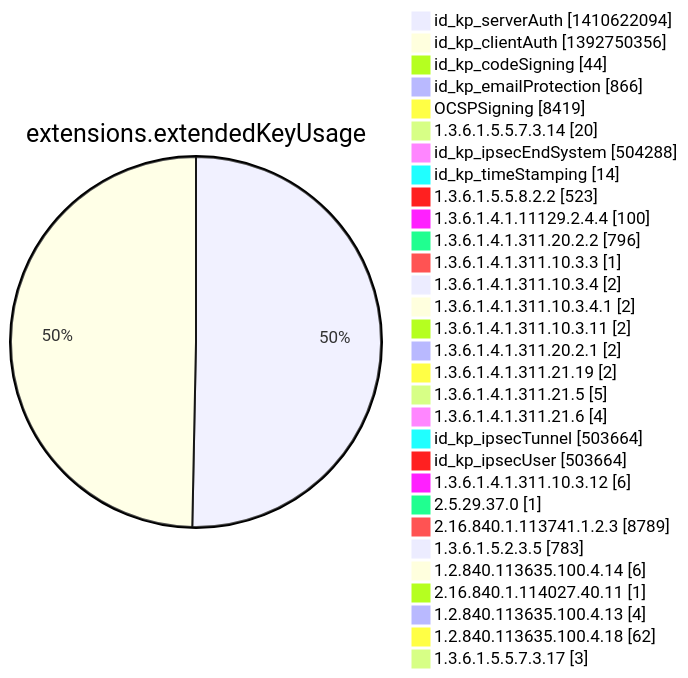
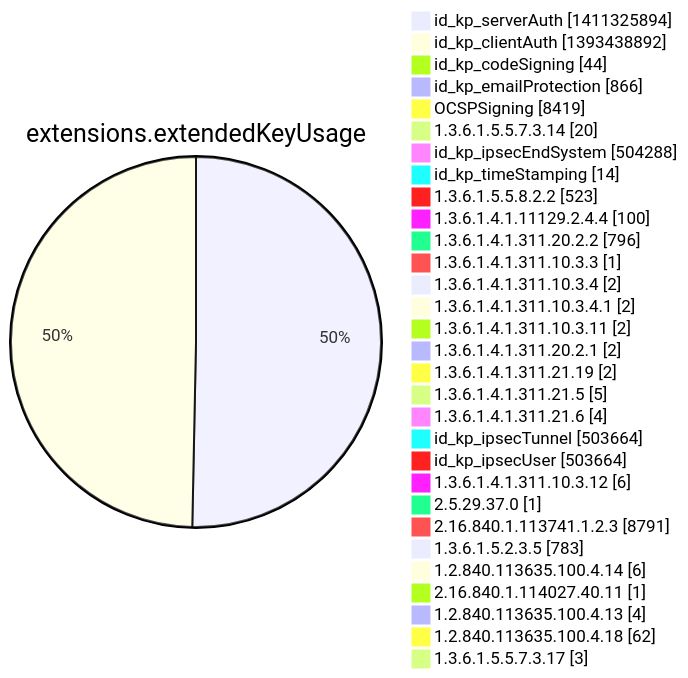
Before and after one commit to christiankrug/ctmonitor_visualization: diagram 12 of 15 in argon2022/README.md, drawn with Mermaid. The commit also changed other lines of this file, not shown here.

````diff
--- a/argon2022/README.md
+++ b/argon2022/README.md
@@ -3554,34 +3554,34 @@
 ```mermaid
 pie showData
 title extensions.extendedKeyUsage
-"id_kp_serverAuth" :1410622094
-"id_kp_clientAuth" :1392750356
+"id_kp_serverAuth" :1411325894
+"id_kp_clientAuth" :1393438892
 "id_kp_codeSigning" :44
 "id_kp_emailProtection" :866
 "OCSPSigning" :8419
 "1.3.6.1.5.5.7.3.14" :20
 "id_kp_ipsecEndSystem" :504288
 "id_kp_timeStamping" :14
 "1.3.6.1.5.5.8.2.2" :523
 "1.3.6.1.4.1.11129.2.4.4" :100
 "1.3.6.1.4.1.311.20.2.2" :796
 "1.3.6.1.4.1.311.10.3.3" :1
 "1.3.6.1.4.1.311.10.3.4" :2
 "1.3.6.1.4.1.311.10.3.4.1" :2
 "1.3.6.1.4.1.311.10.3.11" :2
 "1.3.6.1.4.1.311.20.2.1" :2
 "1.3.6.1.4.1.311.21.19" :2
 "1.3.6.1.4.1.311.21.5" :5
 "1.3.6.1.4.1.311.21.6" :4
 "id_kp_ipsecTunnel" :503664
 "id_kp_ipsecUser" :503664
 "1.3.6.1.4.1.311.10.3.12" :6
 "2.5.29.37.0" :1
-"2.16.840.1.113741.1.2.3" :8789
+"2.16.840.1.113741.1.2.3" :8791
 "1.3.6.1.5.2.3.5" :783
 "1.2.840.113635.100.4.14" :6
 "2.16.840.1.114027.40.11" :1
 "1.2.840.113635.100.4.13" :4
 "1.2.840.113635.100.4.18" :62
 "1.3.6.1.5.5.7.3.17" :3
 ```
````
